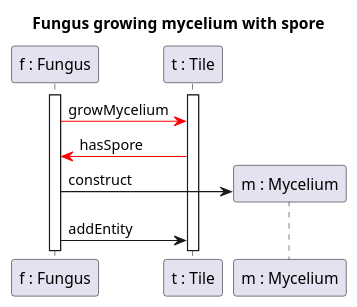
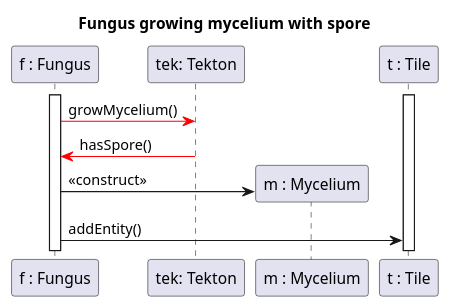
Before and after one commit to Klastiv/Projlab_nullpointerexception: the diagram in diagrams/diagramFiles/SQ_FungusGrowthWithSpore.puml, drawn with PlantUML. The commit also changed 2 other files, not shown here.

```diff
--- a/diagrams/diagramFiles/SQ_FungusGrowthWithSpore.puml
+++ b/diagrams/diagramFiles/SQ_FungusGrowthWithSpore.puml
@@ -1,20 +1,21 @@
 @startuml Fungus growth with spore
 
 title Fungus growing mycelium with spore
 
 participant "f : Fungus" as F
+participant "tek: Tekton" as Tek
+participant "m : Mycelium" as M
 participant "t : Tile" as T
-participant "m : Mycelium" as M
 
 activate F
 activate T
 
 
-F-[#red]>T : growMycelium
-T -[#red]> F : hasSpore
-F -> M ** : construct
-F -> T : addEntity
+F-[#red]>Tek : growMycelium()
+Tek -[#red]> F : hasSpore()
+F -> M ** : <<construct>>
+F -> T : addEntity()
 
 
 
 @enduml
```
